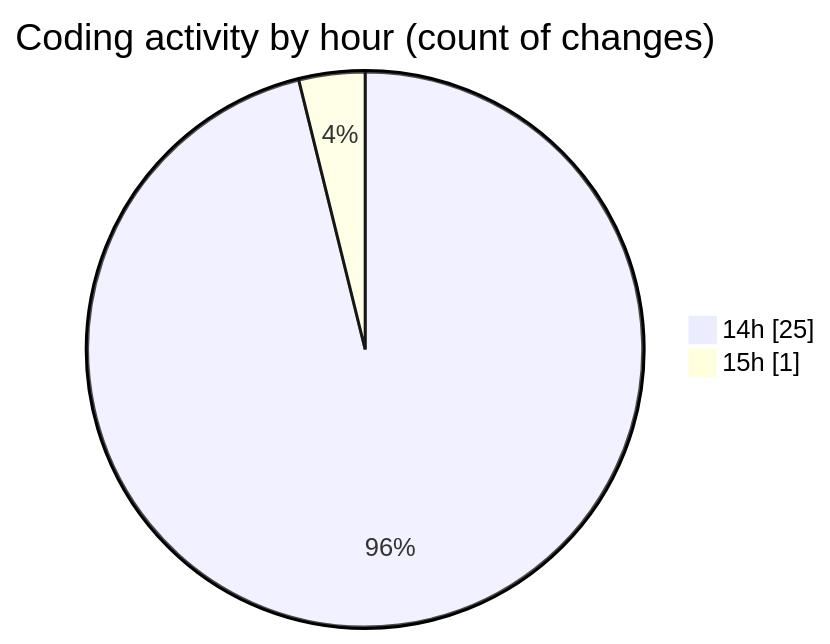
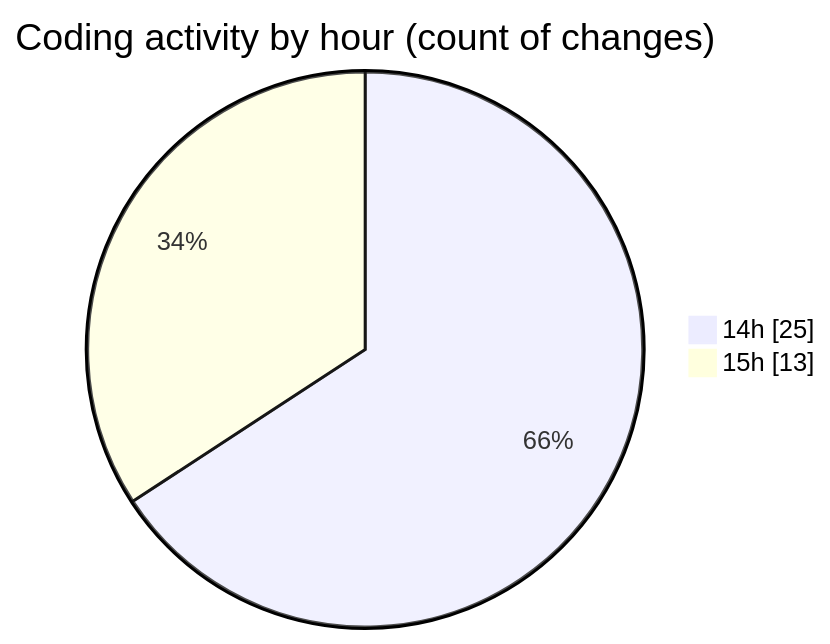
One commit to nxtqubesakshisongat/code-tracking changed the second of 2 diagrams in 2025-07-07/argos/README.md. Above: the diagram before and after it, drawn with Mermaid. The commit also changed other lines of this file and 1 other file, not shown here.

````diff
--- a/2025-07-07/argos/README.md
+++ b/2025-07-07/argos/README.md
@@ -30,6 +32,6 @@
 ```mermaid
 pie showData
 title Coding activity by hour (count of changes)
 "14h" : 25
-"15h" : 1
+"15h" : 13
 ```
````
